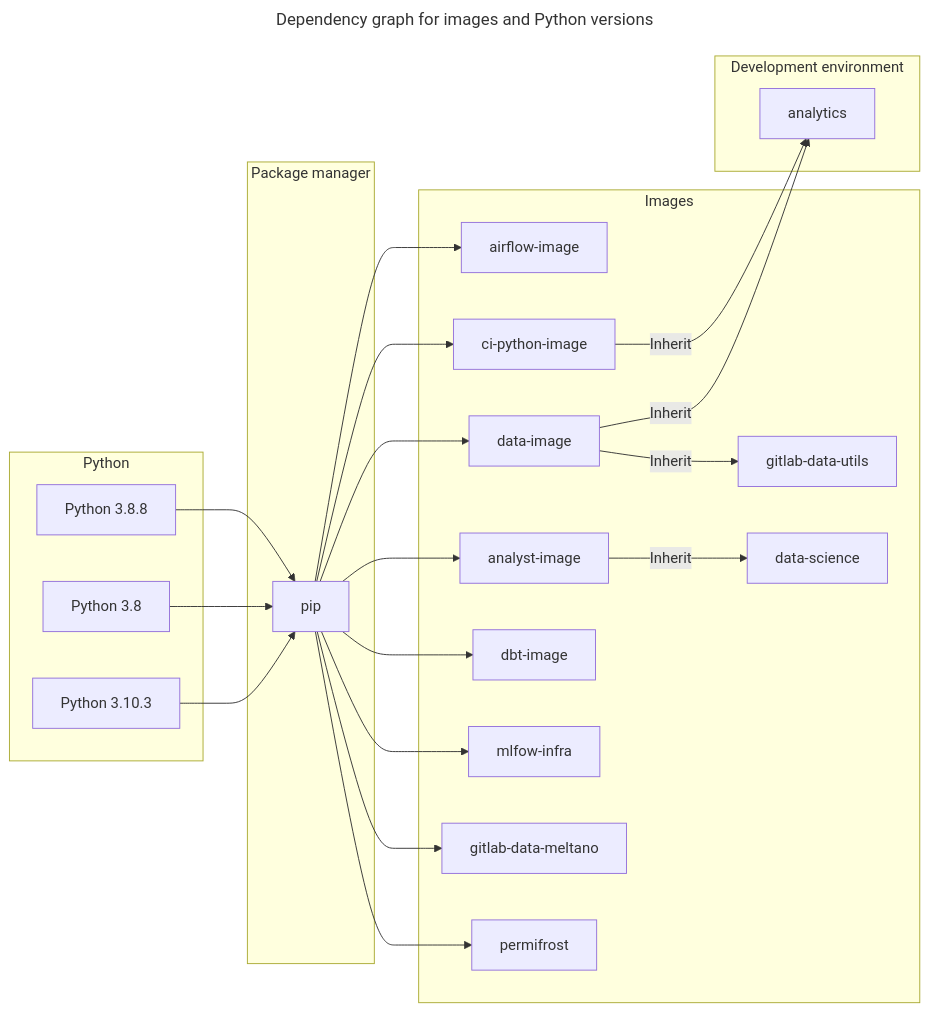
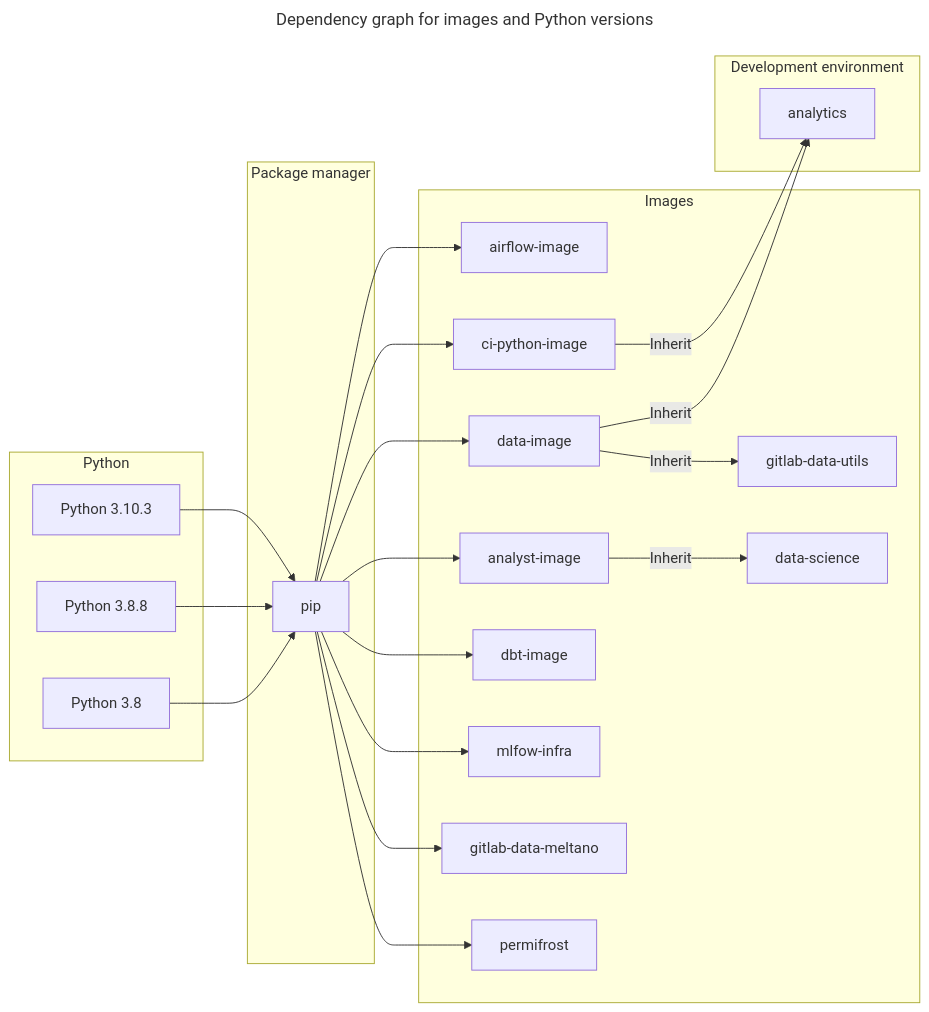
One commit to secretstartups/handbook changed the diagram in content/handbook/business-technology/data-team/platform/python-tool-package-management/index.md. Above: the diagram before and after it, drawn with Mermaid. The commit also changed other lines of this file, not shown here.

````diff
--- a/content/handbook/business-technology/data-team/platform/python-tool-package-management/index.md
+++ b/content/handbook/business-technology/data-team/platform/python-tool-package-management/index.md
@@ -80,51 +80,50 @@
 ```mermaid
 ---
 title: Dependency graph for images and Python versions
 ---
 flowchart LR
-    P37 --> pip
-    P38 --> pip
+    P38  --> pip
     P388 --> pip
+    P310 --> pip
     pip --> airflow-image
     pip --> analyst-image
     pip --> ci-python-image
     pip --> data-image
     pip --> dbt-image
     pip --> mlfow-infra
     pip --> gitlab-data-meltano
     pip --> permifrost
 
     data-image      --Inherit--> gitlab-data-utils 
     data-image      --Inherit--> analytics
     ci-python-image --Inherit--> analytics
     analyst-image   --Inherit--> data-science
 
     
     subgraph Python
-        P37[Python 3.10.3]
         P38[Python 3.8]
         P388[Python 3.8.8]
-
+        P310[Python 3.10.3]
     end
 
     subgraph Package manager
        pip[pip]
     end
 
     subgraph Images
         airflow-image
         analyst-image
         ci-python-image
         data-image
         data-science
         dbt-image
         gitlab-data-utils
         mlfow-infra
         gitlab-data-meltano
         permifrost
     end
 
     subgraph DEV [Development environment]
         analytics
     end
 ```
````
